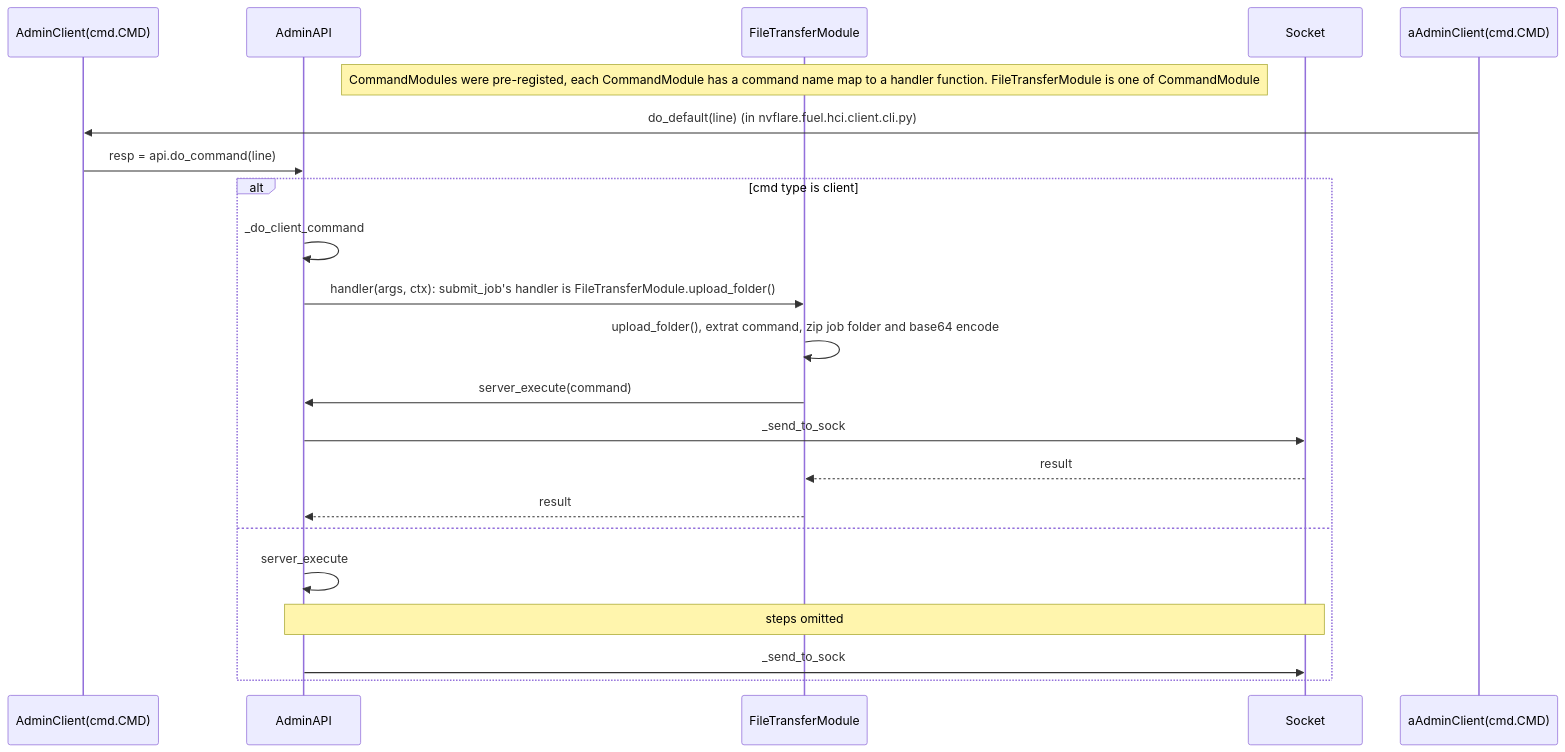
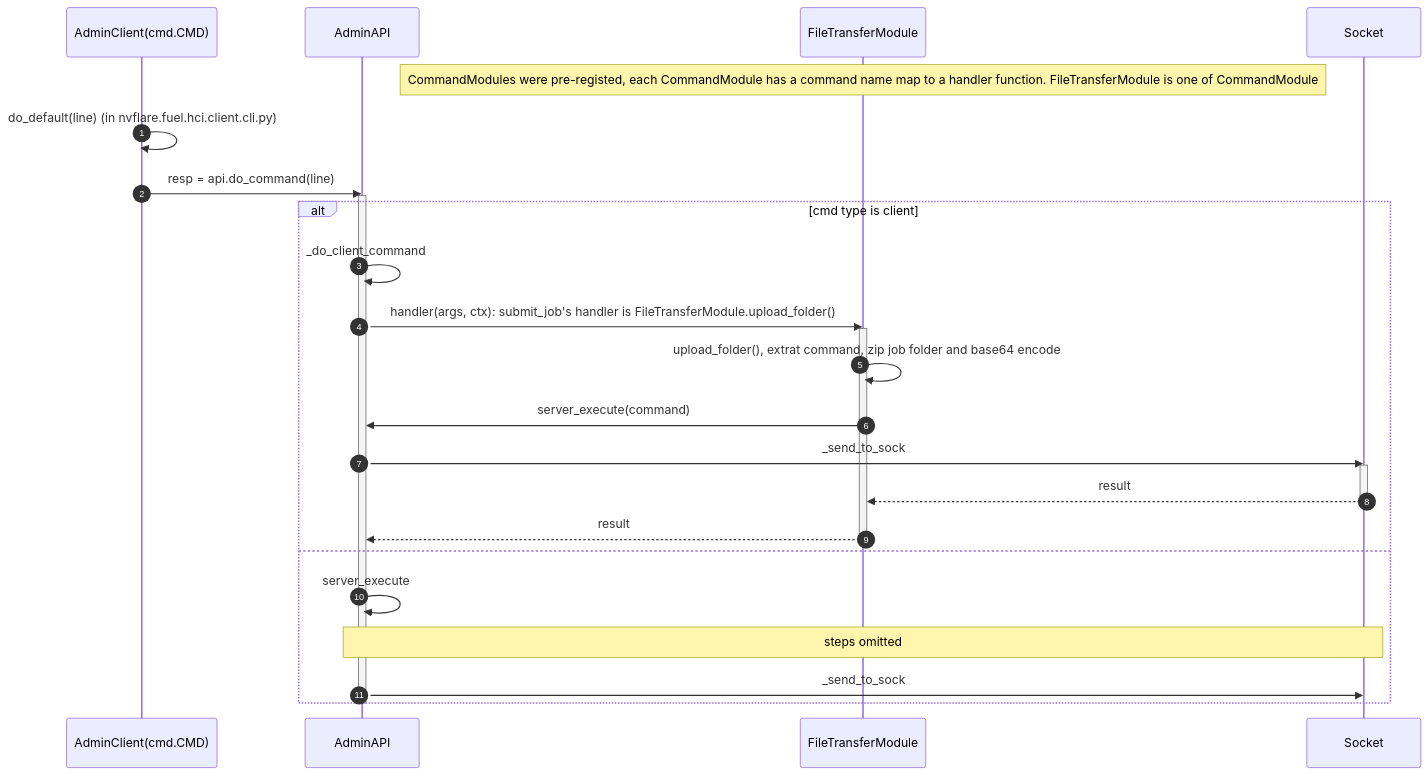
Before and after one commit to hitesh-ag1/NVFlare: the sixth of 16 diagrams in docs/system_state_and_flow/system_workflow.md, drawn with Mermaid. The commit also changed other lines of this file, not shown here.

````diff
--- a/docs/system_state_and_flow/system_workflow.md
+++ b/docs/system_state_and_flow/system_workflow.md
@@ -167,26 +181,33 @@
 ```mermaid
 sequenceDiagram
+    autonumber
     participant AdminClient(cmd.CMD)
     participant AdminAPI 
     participant FileTransferModule
     Note over FileTransferModule: CommandModules were pre-registed, each CommandModule has a command name map to a handler function. FileTransferModule is one of CommandModule   
    
     participant Socket 
     
-    aAdminClient(cmd.CMD)->> AdminClient(cmd.CMD) : do_default(line) (in nvflare.fuel.hci.client.cli.py)
+    AdminClient(cmd.CMD)->> AdminClient(cmd.CMD) : do_default(line) (in nvflare.fuel.hci.client.cli.py)
     AdminClient(cmd.CMD)->> AdminAPI : resp = api.do_command(line)
+    activate AdminAPI
     alt cmd type is client
         AdminAPI ->> AdminAPI: _do_client_command
         AdminAPI ->> FileTransferModule: handler(args, ctx): submit_job's handler is FileTransferModule.upload_folder()
+        activate FileTransferModule
         FileTransferModule ->> FileTransferModule: upload_folder(), extrat command, zip job folder and base64 encode
         FileTransferModule ->> AdminAPI: server_execute(command)
         AdminAPI ->> Socket: _send_to_sock
+        activate Socket
         Socket -->> FileTransferModule: result
+        deactivate Socket
         FileTransferModule -->> AdminAPI: result
+        deactivate FileTransferModule
         
     else
         AdminAPI ->> AdminAPI: server_execute
         note over AdminAPI, Socket : steps omitted 
         AdminAPI ->> Socket: _send_to_sock
     end
+    deactivate AdminAPI    
 ```
````
